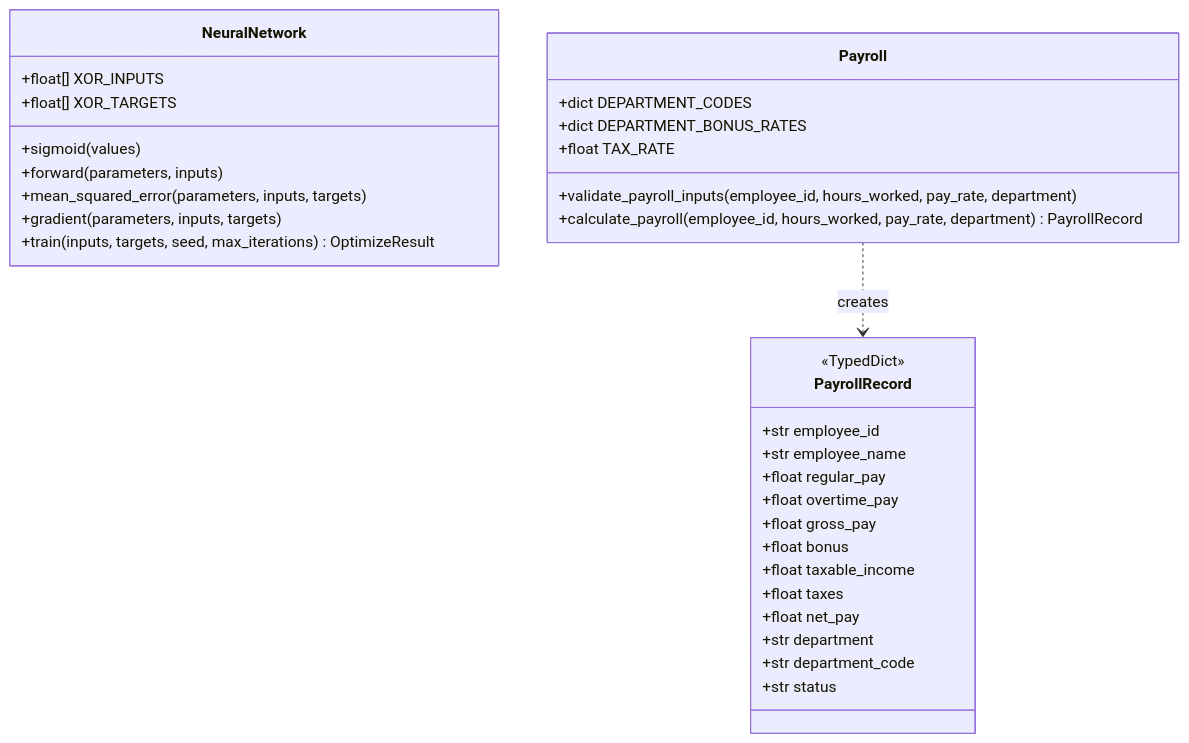
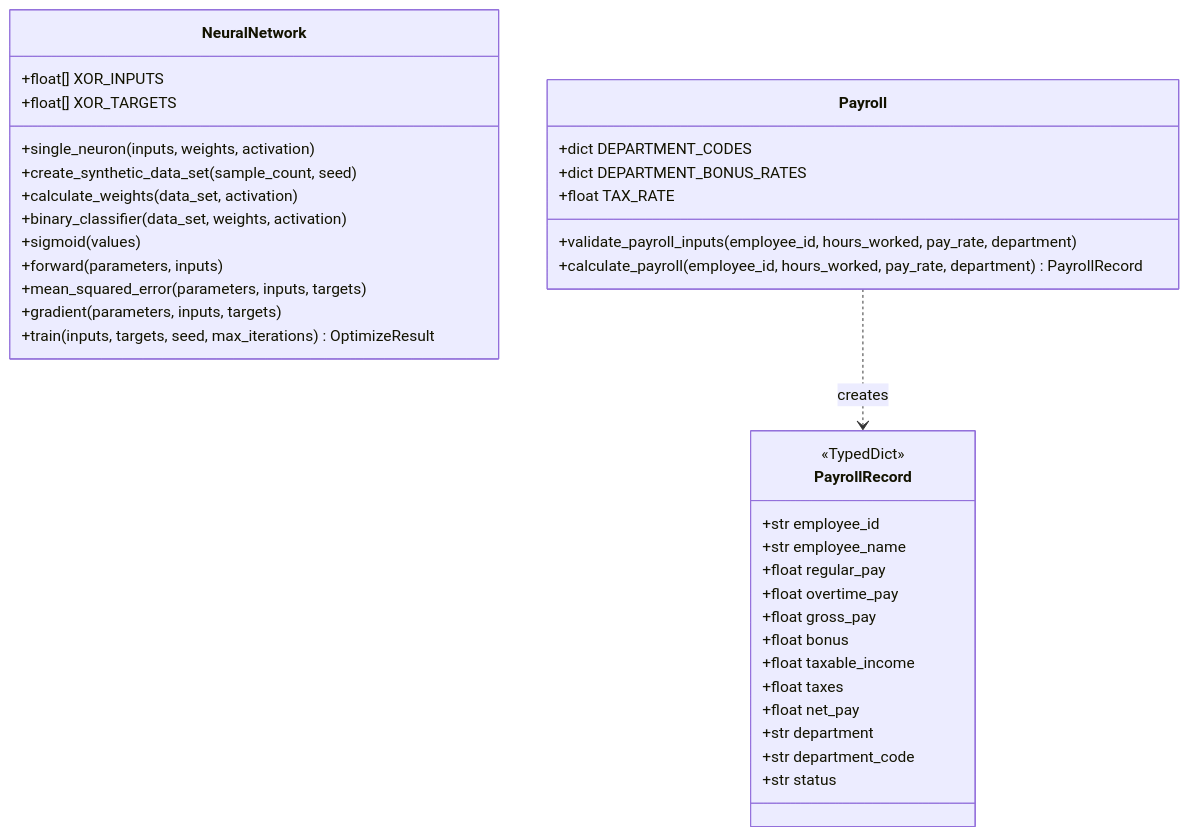
One commit to KyleGortych-SNHU/cs-530-ai-principals-and-applications changed the second of 2 diagrams in README.md. Above: the diagram before and after it, drawn with Mermaid. The commit also changed other lines of this file and 4 other files, not shown here.

````diff
--- a/README.md
+++ b/README.md
@@ -141,35 +141,39 @@
 ```mermaid
 classDiagram
     class NeuralNetwork {
         +float[] XOR_INPUTS
         +float[] XOR_TARGETS
+        +single_neuron(inputs, weights, activation)
+        +create_synthetic_data_set(sample_count, seed)
+        +calculate_weights(data_set, activation)
+        +binary_classifier(data_set, weights, activation)
         +sigmoid(values)
         +forward(parameters, inputs)
         +mean_squared_error(parameters, inputs, targets)
         +gradient(parameters, inputs, targets)
         +train(inputs, targets, seed, max_iterations) OptimizeResult
     }
     class PayrollRecord {
         <<TypedDict>>
         +str employee_id
         +str employee_name
         +float regular_pay
         +float overtime_pay
         +float gross_pay
         +float bonus
         +float taxable_income
         +float taxes
         +float net_pay
         +str department
         +str department_code
         +str status
     }
     class Payroll {
         +dict DEPARTMENT_CODES
         +dict DEPARTMENT_BONUS_RATES
         +float TAX_RATE
         +validate_payroll_inputs(employee_id, hours_worked, pay_rate, department)
         +calculate_payroll(employee_id, hours_worked, pay_rate, department) PayrollRecord
     }
     Payroll ..> PayrollRecord : creates
 ```
````
